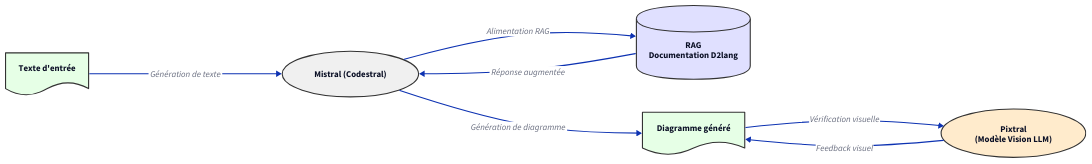
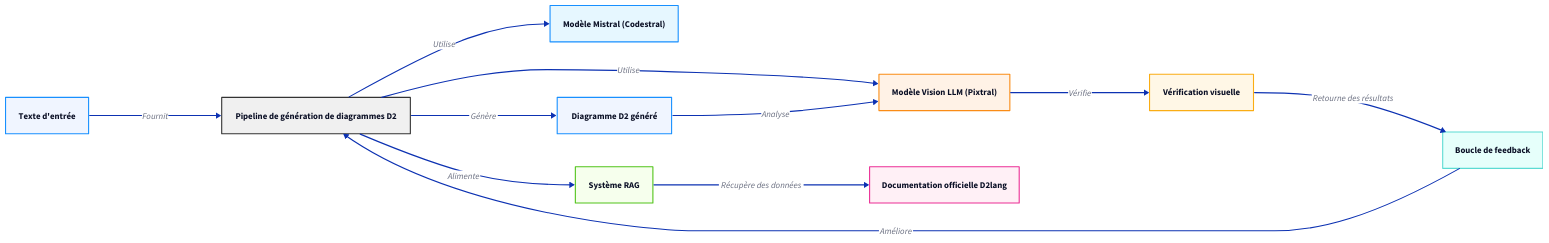
One commit to Ibne29/d2lang-vision-llm changed the diagram in out/diagram_iter1.d2. Above: the diagram before and after it, drawn with D2. The commit also changed 17 other files, not shown here.

```diff
--- a/out/diagram_iter1.d2
+++ b/out/diagram_iter1.d2
@@ -1,66 +1,102 @@
 direction: right
 
-# Pipeline de génération de diagrammes avec D2lang
-
-# Modèle de langage Mistral (Codestral)
-mistral: {
-  shape: oval
-  label: "Mistral (Codestral)"
+pipeline: {
+  shape: rectangle
+  label: "Pipeline de génération de diagrammes D2"
   style: {
     fill: "#f0f0f0"
     stroke: "#333"
     stroke-width: 2
   }
 }
 
-# RAG avec documentation officielle D2lang
-rag: {
-  shape: cylinder
-  label: "RAG\nDocumentation D2lang"
+mistral_model: {
+  shape: rectangle
+  label: "Modèle Mistral (Codestral)"
   style: {
-    fill: "#e0e0ff"
-    stroke: "#333"
+    fill: "#e6f7ff"
+    stroke: "#1890ff"
     stroke-width: 2
   }
 }
 
-# Modèle Vision LLM (Pixtral)
-pixtral: {
-  shape: oval
-  label: "Pixtral\n(Modèle Vision LLM)"
+pixtral_model: {
+  shape: rectangle
+  label: "Modèle Vision LLM (Pixtral)"
   style: {
-    fill: "#ffebcc"
-    stroke: "#333"
+    fill: "#fff2e6"
+    stroke: "#fa8c16"
     stroke-width: 2
   }
 }
 
-# Entrée de texte
-texte: {
-  shape: document
-  label: "Texte d'entrée"
+rag_system: {
+  shape: rectangle
+  label: "Système RAG"
   style: {
-    fill: "#e6ffe6"
-    stroke: "#333"
+    fill: "#f6ffed"
+    stroke: "#52c41a"
     stroke-width: 2
   }
 }
 
-# Diagramme généré
-diagramme: {
-  shape: document
-  label: "Diagramme généré"
+d2_docs: {
+  shape: rectangle
+  label: "Documentation officielle D2lang"
   style: {
-    fill: "#e6ffe6"
-    stroke: "#333"
+    fill: "#fff0f6"
+    stroke: "#eb2f96"
     stroke-width: 2
   }
 }
 
-# Flèches de connexion
-texte -> mistral: "Génération de texte"
-mistral -> rag: "Alimentation RAG"
-rag -> mistral: "Réponse augmentée"
-mistral -> diagramme: "Génération de diagramme"
-diagramme -> pixtral: "Vérification visuelle"
-pixtral -> diagramme: "Feedback visuel"
+text_input: {
+  shape: rectangle
+  label: "Texte d'entrée"
+  style: {
+    fill: "#f0f5ff"
+    stroke: "#1890ff"
+    stroke-width: 2
+  }
+}
+
+diagram_output: {
+  shape: rectangle
+  label: "Diagramme D2 généré"
+  style: {
+    fill: "#f0f5ff"
+    stroke: "#1890ff"
+    stroke-width: 2
+  }
+}
+
+visual_check: {
+  shape: rectangle
+  label: "Vérification visuelle"
+  style: {
+    fill: "#fff7e6"
+    stroke: "#faad14"
+    stroke-width: 2
+  }
+}
+
+feedback_loop: {
+  shape: rectangle
+  label: "Boucle de feedback"
+  style: {
+    fill: "#e6fffb"
+    stroke: "#5cdbd3"
+    stroke-width: 2
+  }
+}
+
+pipeline -> mistral_model: "Utilise"
+pipeline -> pixtral_model: "Utilise"
+pipeline -> rag_system: "Alimente"
+rag_system -> d2_docs: "Récupère des données"
+text_input -> pipeline: "Fournit"
+pipeline -> diagram_output: "Génère"
+diagram_output -> pixtral_model: "Analyse"
+pixtral_model -> visual_check: "Vérifie"
+visual_check -> feedback_loop: "Retourne des résultats"
+feedback_loop -> pipeline: "Améliore"
```
